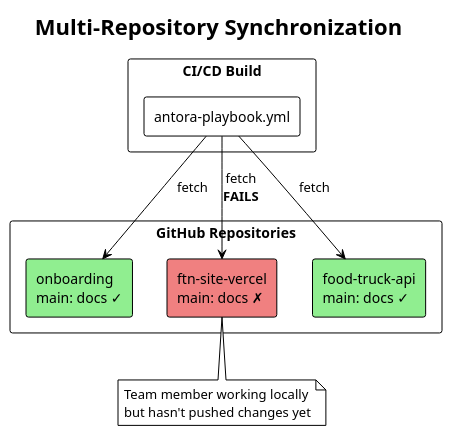
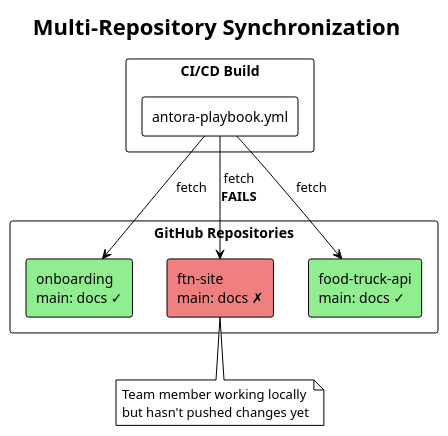
Before and after one commit to FoodTruckNerds/docs: the second of 2 diagrams in docs/modules/ROOT/pages/troubleshooting-antora-builds.adoc, drawn with PlantUML. The commit also changed other lines of this file and 9 other files, not shown here.

Commit message:
updated references to ftn-site-vercel -> ftn-site and foodtrucknerdzsite -> ftn-site-old, fixed the landing page's cards formatting

```diff
--- a/docs/modules/ROOT/pages/troubleshooting-antora-builds.adoc
+++ b/docs/modules/ROOT/pages/troubleshooting-antora-builds.adoc
@@ -300,30 +300,30 @@
 [plantuml, multi-repo-sync, svg]
 ----
 @startuml
 !theme plain
 skinparam backgroundColor transparent
 skinparam defaultFontName Segoe UI
 
 title Multi-Repository Synchronization
 
 rectangle "CI/CD Build" as ci {
   rectangle "antora-playbook.yml" as playbook
 }
 
 rectangle "GitHub Repositories" as repos {
   rectangle "onboarding\nmain: docs ✓" as repo1 #lightgreen
-  rectangle "ftn-site-vercel\nmain: docs ✗" as repo3 #lightcoral
+  rectangle "ftn-site\nmain: docs ✗" as repo3 #lightcoral
   rectangle "food-truck-api\nmain: docs ✓" as repo4 #lightgreen
 }
 
 playbook --> repo1 : fetch
 playbook --> repo3 : fetch\n**FAILS**
 playbook --> repo4 : fetch
 
 note bottom of repo3
   Team member working locally
   but hasn't pushed changes yet
 end note
 
 @enduml
 ----
```
